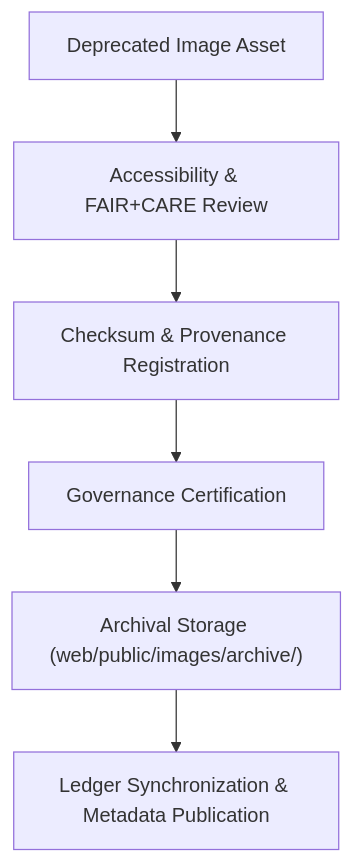
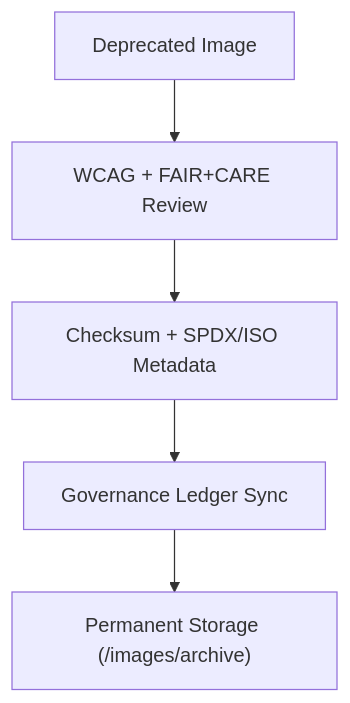
The diagram in web/public/images/archive/README.md (bartytime4life/Kansas-Frontier-Matrix), drawn with Mermaid before and after one commit. The commit also changed other lines of this file, not shown here.

````diff
--- a/web/public/images/archive/README.md
+++ b/web/public/images/archive/README.md
@@ -64,8 +55,7 @@
 ```mermaid
 flowchart TD
-    A["Deprecated Image Asset"] --> B["Accessibility & FAIR+CARE Review"]
-    B --> C["Checksum & Provenance Registration"]
-    C --> D["Governance Certification"]
-    D --> E["Archival Storage (web/public/images/archive/)"]
-    E --> F["Ledger Synchronization & Metadata Publication"]
+A["Deprecated Image"] --> B["WCAG + FAIR+CARE Review"]
+B --> C["Checksum + SPDX/ISO Metadata"]
+C --> D["Governance Ledger Sync"]
+D --> E["Permanent Storage (/images/archive)"]
 ```
````
